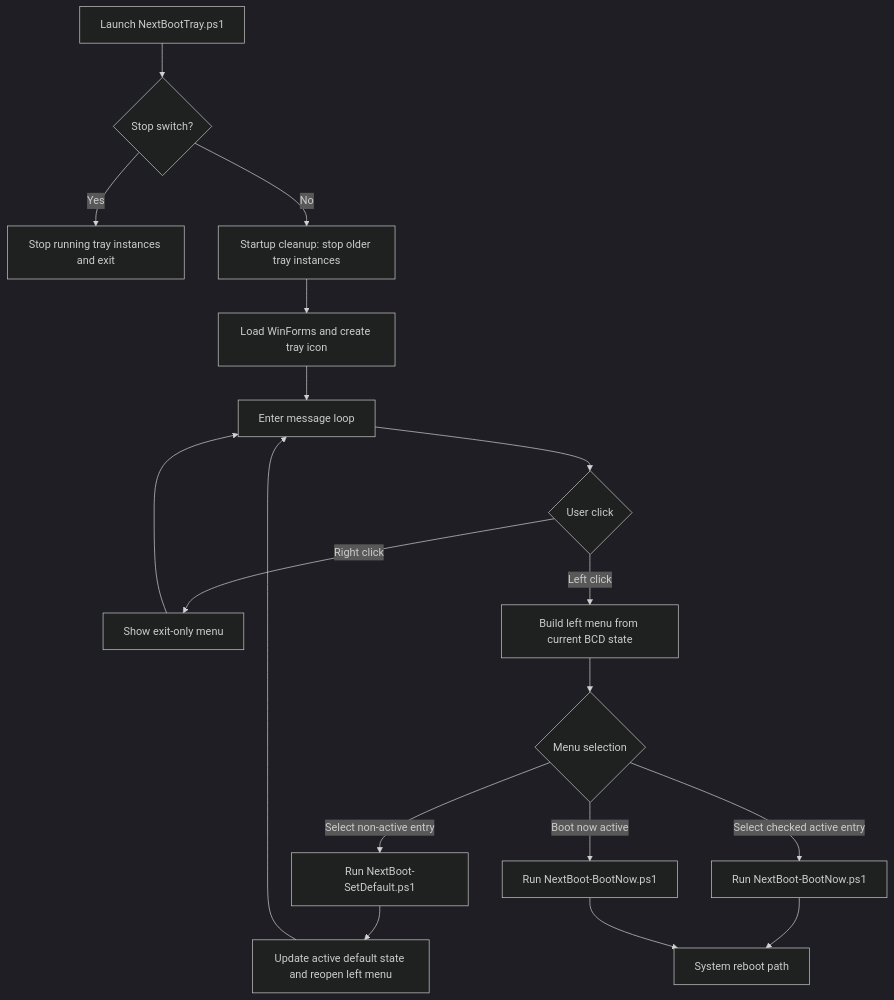
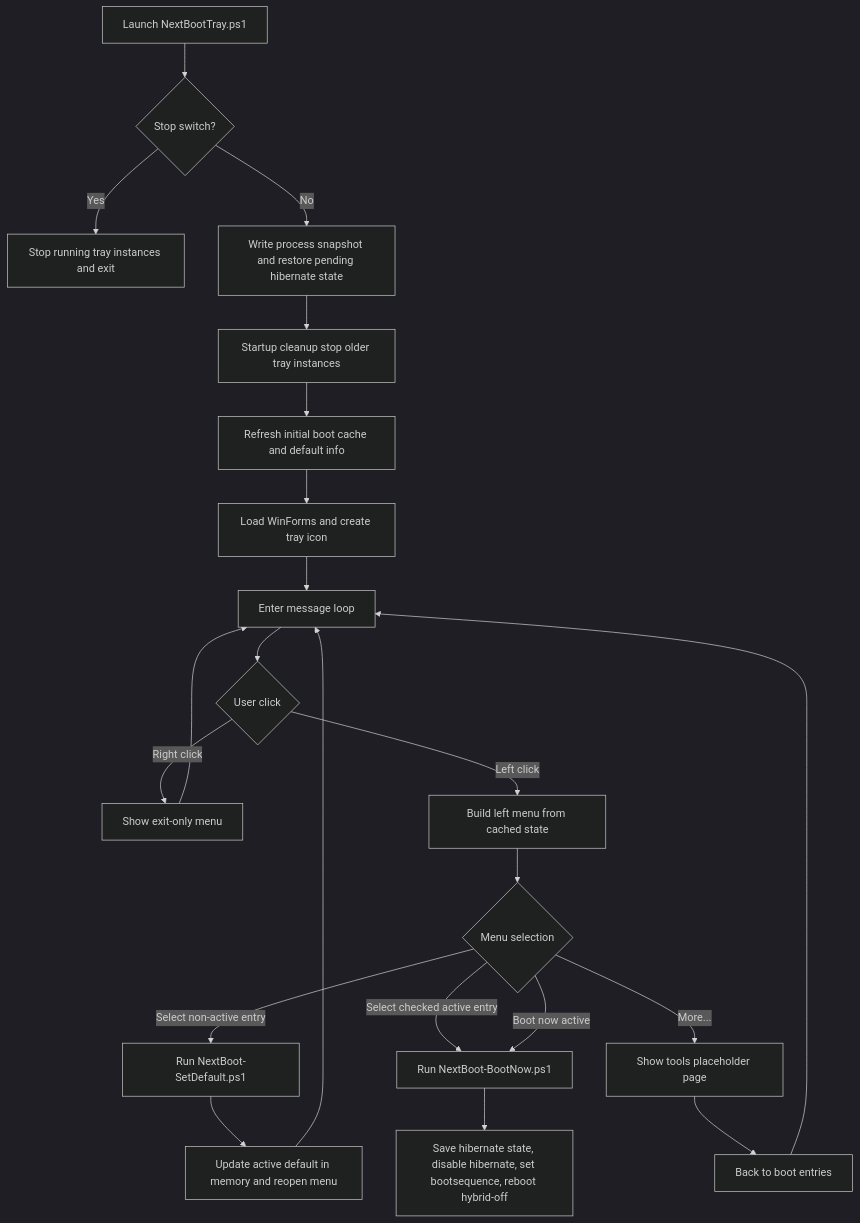
The diagram in Docs/NextBootTray.md (rgbigel/NextBootTray), drawn with Mermaid (dark theme) before and after one commit. The commit also changed other lines of this file and 11 other files, not shown here.

Commit message:
Release v3.0.0 redesign, flow/docs alignment, and coverage matrix

````diff
--- a/Docs/NextBootTray.md
+++ b/Docs/NextBootTray.md
@@ -37,23 +48,27 @@
 ```mermaid
 flowchart TD
 		A[Launch NextBootTray.ps1] --> B{Stop switch?}
 		B -- Yes --> C[Stop running tray instances and exit]
-		B -- No --> D[Startup cleanup: stop older tray instances]
-		D --> E[Load WinForms and create tray icon]
-		E --> F[Enter message loop]
+		B -- No --> D[Write process snapshot and restore pending hibernate state]
+		D --> E[Startup cleanup stop older tray instances]
+		E --> F[Refresh initial boot cache and default info]
+		F --> G[Load WinForms and create tray icon]
+		G --> H[Enter message loop]
 
-		F --> G{User click}
-		G -- Right click --> H[Show exit-only menu]
-		G -- Left click --> I[Build left menu from current BCD state]
+		H --> I{User click}
+		I -- Right click --> J[Show exit-only menu]
+		I -- Left click --> K[Build left menu from cached state]
 
-		I --> J{Menu selection}
-		J -- Select non-active entry --> K[Run NextBoot-SetDefault.ps1]
-		K --> L[Update active default state and reopen left menu]
-		J -- Select checked active entry --> M[Run NextBoot-BootNow.ps1]
-		J -- Boot now active --> N[Run NextBoot-BootNow.ps1]
+		K --> L{Menu selection}
+		L -- Select non-active entry --> M[Run NextBoot-SetDefault.ps1]
+		M --> N[Update active default in memory and reopen menu]
+		L -- Select checked active entry --> O[Run NextBoot-BootNow.ps1]
+		L -- Boot now active --> O
+		L -- More... --> P[Show tools placeholder page]
+		P --> Q[Back to boot entries]
 
-		H --> F
-		L --> F
-		M --> P[System reboot path]
-		N --> P
+		J --> H
+		N --> H
+		Q --> H
+		O --> R[Save hibernate state, disable hibernate, set bootsequence, reboot hybrid-off]
 ```
````
